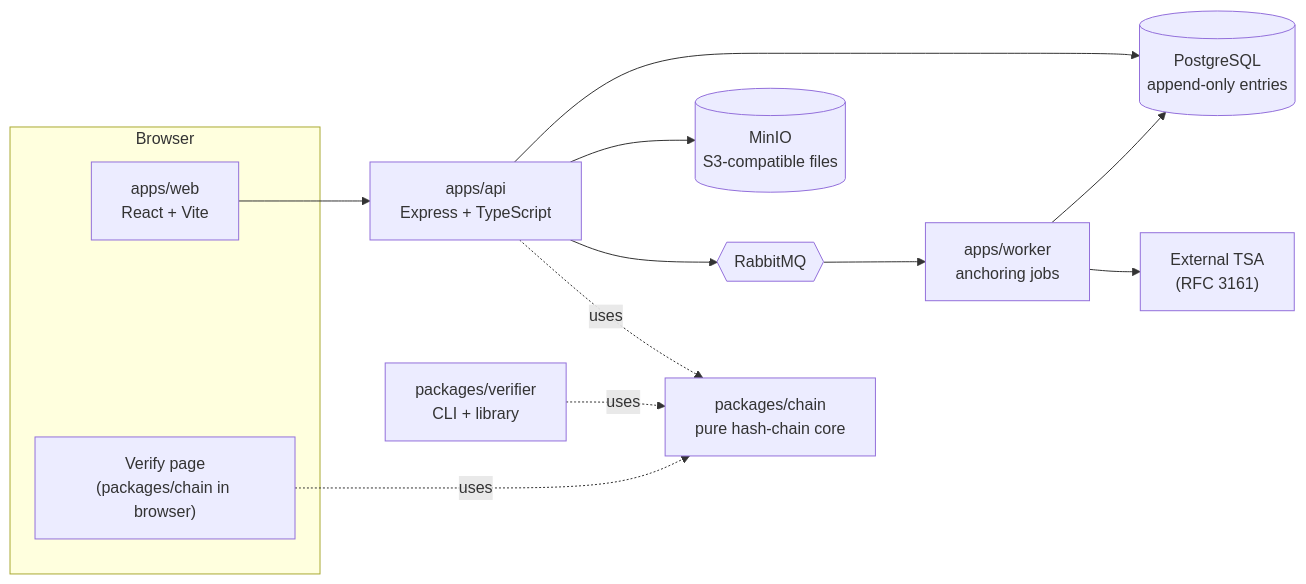
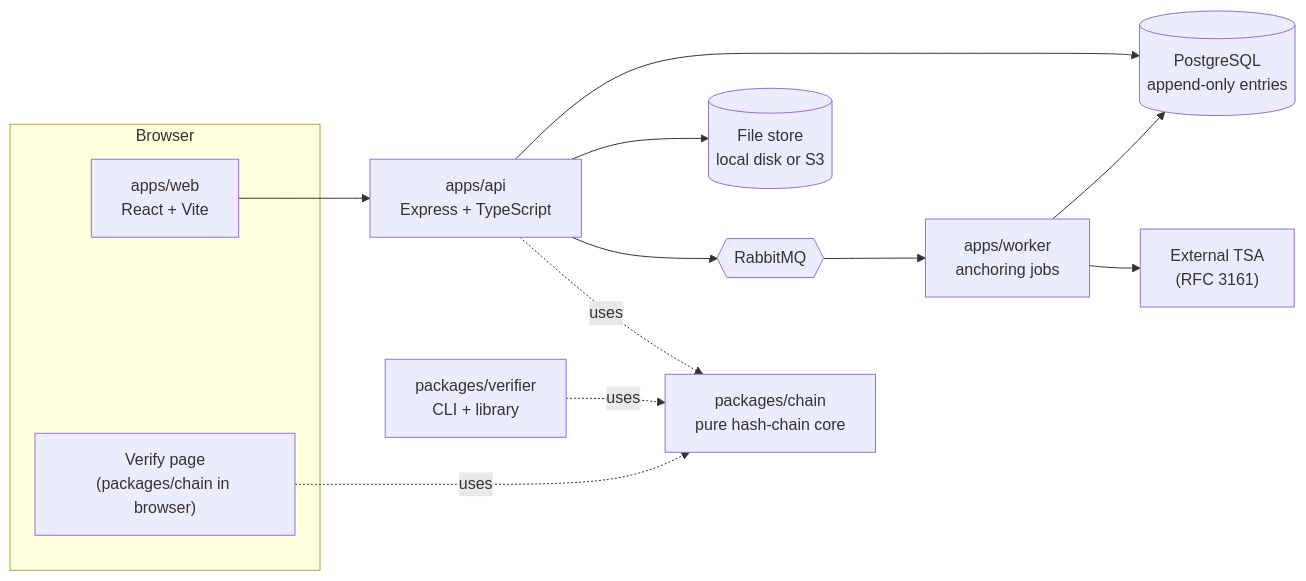
Before and after one commit to sellebeww/paper-trail: the first of 6 diagrams in docs/ARCHITECTURE.md, drawn with Mermaid. The commit also changed other lines of this file and 30 other files, not shown here.

First line of the commit message:
feat(api): store uploads on local disk by default, purge expired sessions, slim image

````diff
--- a/docs/ARCHITECTURE.md
+++ b/docs/ARCHITECTURE.md
@@ -8,26 +8,26 @@
 ```mermaid
 flowchart LR
   subgraph Browser
     WEB["apps/web<br/>React + Vite"]
     VER_WEB["Verify page<br/>(packages/chain in browser)"]
   end
   API["apps/api<br/>Express + TypeScript"]
   WORKER["apps/worker<br/>anchoring jobs"]
   PG[("PostgreSQL<br/>append-only entries")]
   MQ{{"RabbitMQ"}}
-  S3[("MinIO<br/>S3-compatible files")]
+  S3[("File store<br/>local disk or S3")]
   TSA["External TSA<br/>(RFC 3161)"]
   CHAIN["packages/chain<br/>pure hash-chain core"]
   CLI["packages/verifier<br/>CLI + library"]
 
   WEB --> API
   VER_WEB -.uses.-> CHAIN
   API --> PG
   API --> S3
   API --> MQ
   API -.uses.-> CHAIN
   MQ --> WORKER
   WORKER --> PG
   WORKER --> TSA
   CLI -.uses.-> CHAIN
 ```
````
